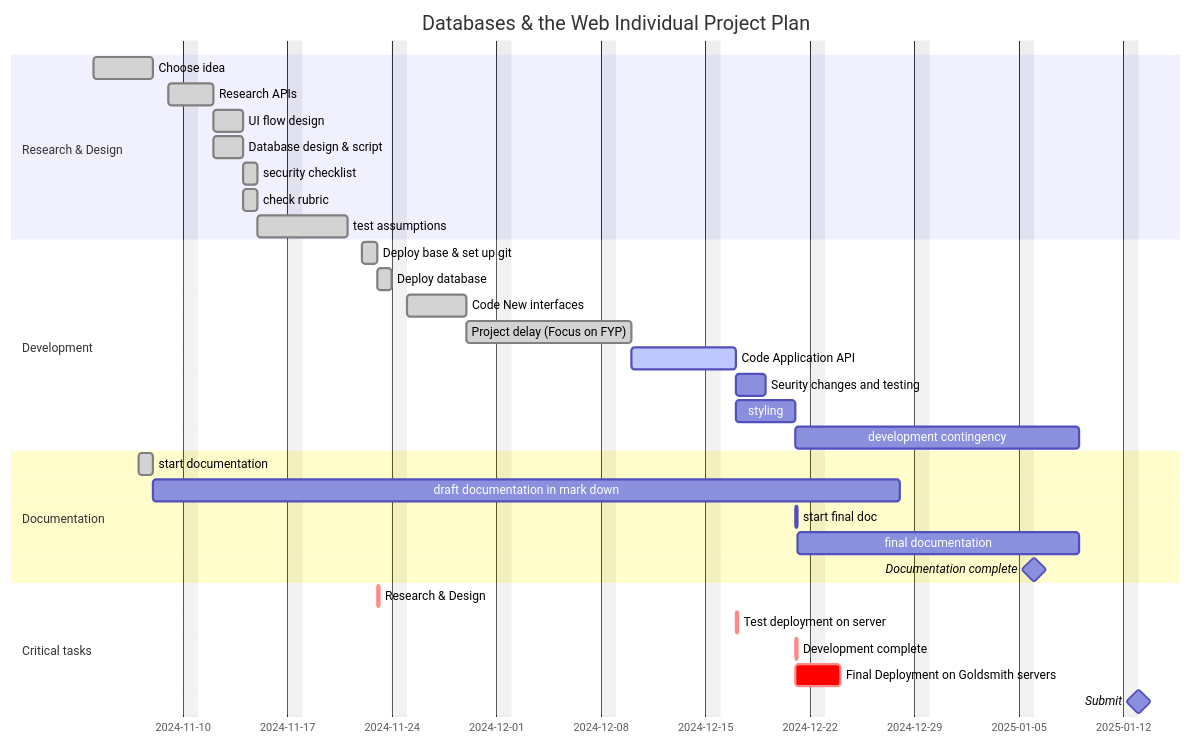
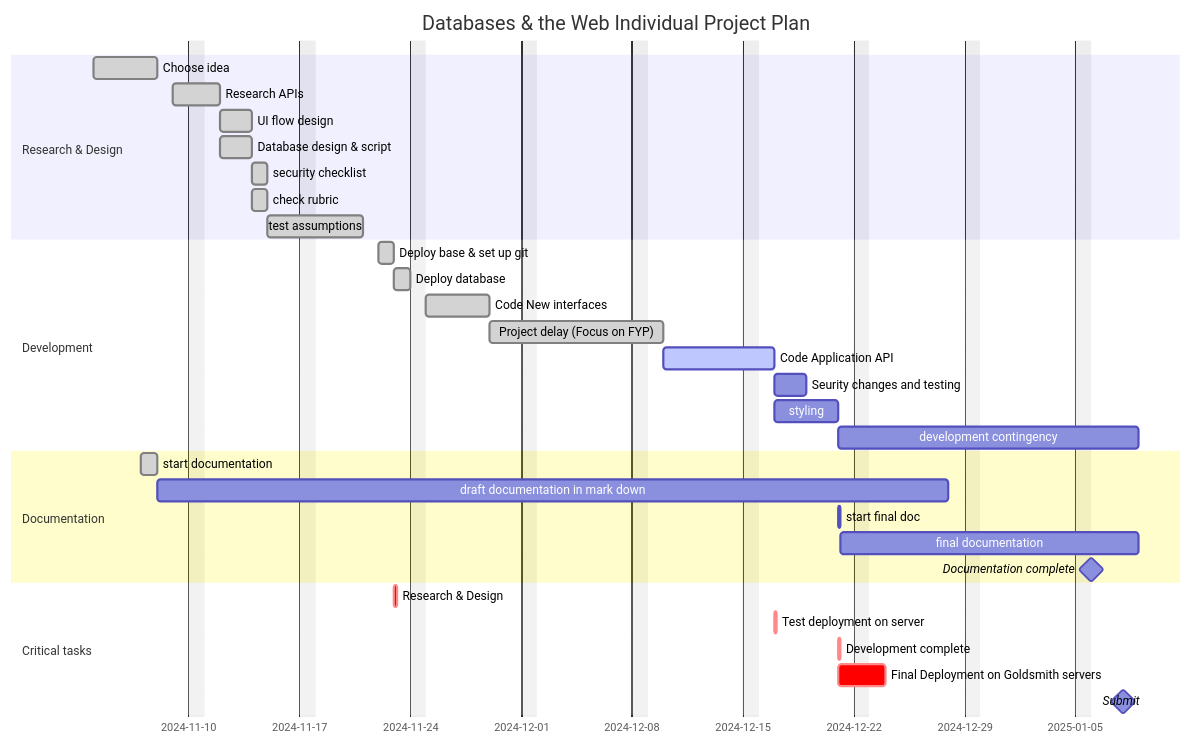
One commit to jbrun001/APIProject changed the first of 3 diagrams in README.md. Above: the diagram before and after it, drawn with Mermaid.

Commit message:
plan submission date update

````diff
--- a/README.md
+++ b/README.md
@@ -2,43 +2,43 @@
 ```mermaid
 
 gantt
     dateFormat  YYYY-MM-DD
     title       Databases & the Web Individual Project Plan
     excludes    sunday
     %% (`excludes` accepts specific dates in YYYY-MM-DD format, days of the week ("sunday") or "weekends", but not the word "weekdays".)
 
     section Research & Design
     Choose idea             :done,    rd1, 2024-11-04,2024-11-08
     Research APIs           :done,    rd2, 2024-11-09, 2d
     UI flow design          :done,    rd3, after rd2, 2d
     Database design & script  :done,    rd3d, after rd2, 2d
     security checklist      :done,  rd4, after rd3, 1d
     check rubric            :done,  rd5, after rd3, 1d
     test assumptions        :done, rd6, after rd5, 5d
 
     section Development
     Deploy base & set up git  :done,    d1, 2024-11-22,1d
     Deploy database          :done,    d2, after d1, 1d
     Code New interfaces       :done,    d3, after d2, 4d
     Project delay (Focus on FYP) :done,    delay1, after d3, 9d
     Code Application API      :active,    dd3a, after delay1, 6d
     Seurity changes and testing :  d4, after dd3a, 2d
     styling                   :    d6, after dd3a, 4d
     development contingency           :until doccomplete
 
     section Documentation
     start documentation :done,    d0, 2024-11-07,2024-11-08   
     draft documentation in mark down  :until finaldoc
     start final doc            :finaldoc, after d6, 4h
     final documentation :until doccomplete 
     Documentation complete              :milestone, doccomplete, 2025-01-06, 0d
 
     section Critical tasks
     Research & Design                   :crit, after d1, 4h
     Test deployment on server :crit,    dd3c, after dd3a, 4h
     Development complete                :crit, after d6, 4h
     Final Deployment on Goldsmith servers :crit, after d6, 2d
-    Submit                              :milestone, 2025-01-13, 0d
+    Submit                              :milestone, 2025-01-08, 0d
 
 
 ```
````
